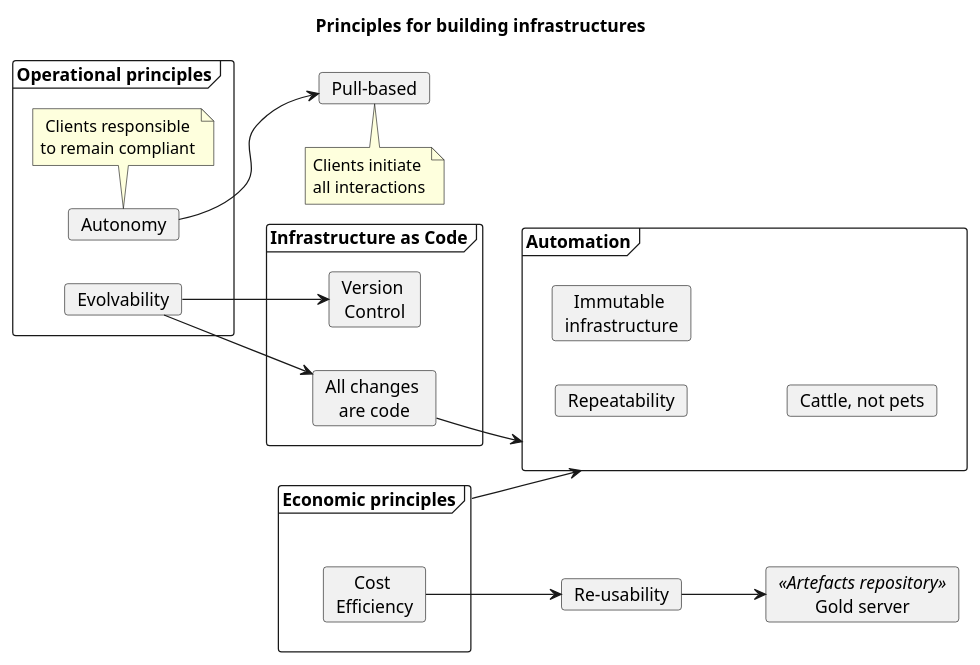
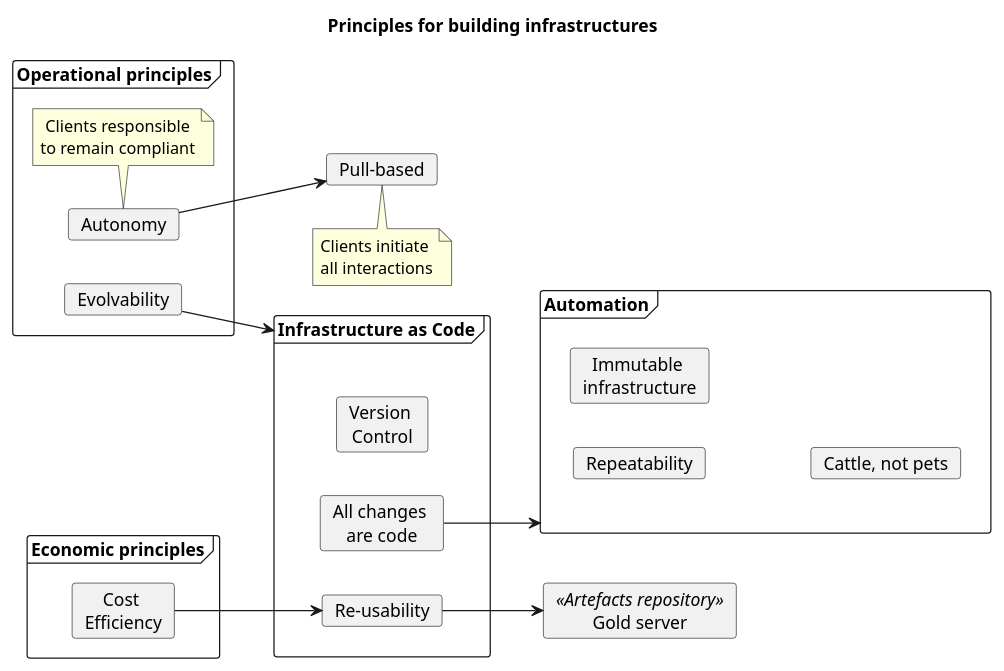
Before and after one commit to pgpbpadilla/pgpbpadilla.github.io: the diagram in _drafts/diagrams/infra-principles.puml, drawn with PlantUML.

Commit message:
chg: dev: code is re-usable by definition

```diff
--- a/_drafts/diagrams/infra-principles.puml
+++ b/_drafts/diagrams/infra-principles.puml
@@ -1,44 +1,42 @@
 @startuml
 
 title Principles for building infrastructures
 
 left to right direction
 skinparam defaultTextAlignment center
 
 frame "Economic principles" as econ {
 	card "Cost \nEfficiency" as cost
 }
 
 frame "Operational principles" {
 	card "Evolvability" as evol
 	card "Autonomy" as autonomy
 	note bottom: Clients responsible\nto remain compliant
 }
 
 
 frame "Automation" as auto {
 	card "Repeatability" as repeat
 	card "Immutable \ninfrastructure" as ii
 	card "Cattle, not pets" as cattle
 }
 
-card "Re-usability" as reuse
-cost --> reuse
-econ --> auto
 card "Pull-based" as pull
 note bottom: Clients initiate \nall interactions
 
 frame "Infrastructure as Code" as iac {
 	card "Version \nControl" as vc
 	card "All changes \nare code" as acac
+	card "Re-usability" as reuse
 }
 
 card "Gold server" <<Artefacts repository>> as artefacts
 
-evol --> acac
+cost --> reuse
+evol --> iac
 acac --> auto
 autonomy --> pull
-evol --> vc
 reuse --> artefacts
 
 @enduml
```
